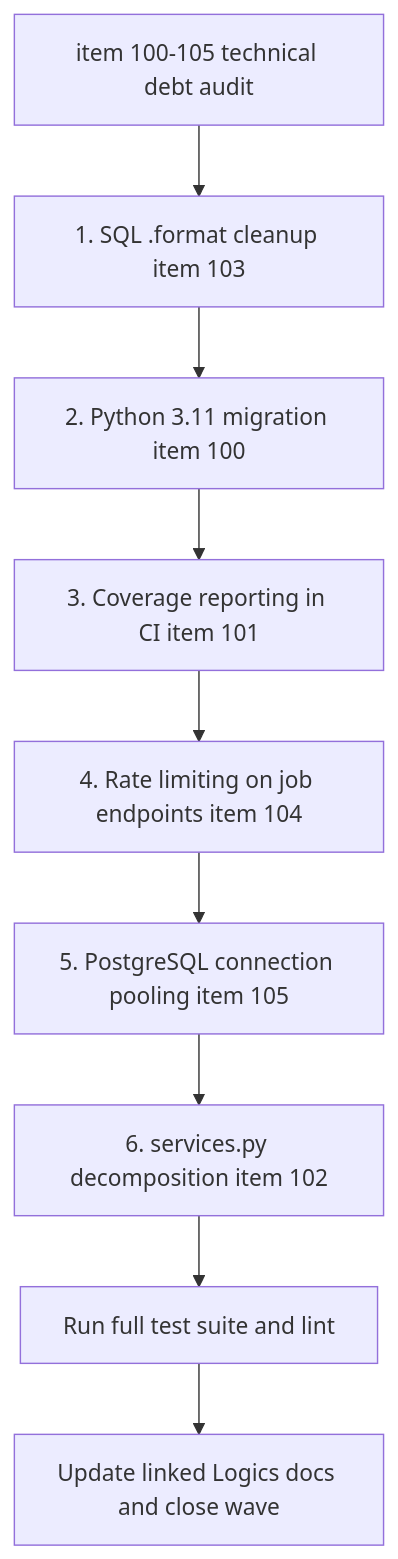
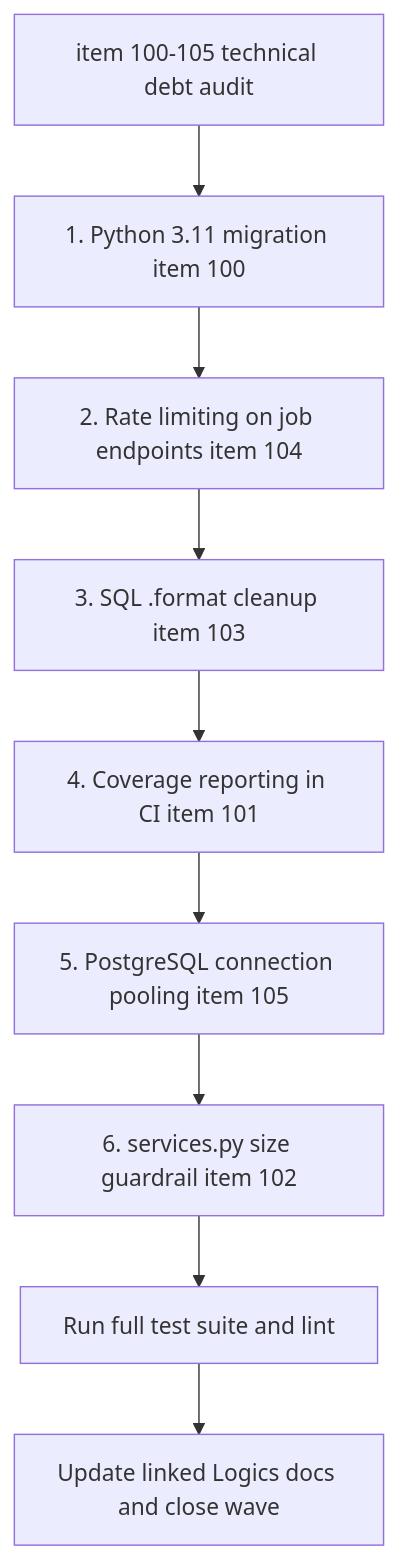
Before and after one commit to AlexAgo83/day-captain: the diagram in logics/tasks/task_048_day_captain_technical_debt_hardening_orchestration.md, drawn with Mermaid. The commit also changed other lines of this file and 22 other files, not shown here.

````diff
--- a/logics/tasks/task_048_day_captain_technical_debt_hardening_orchestration.md
+++ b/logics/tasks/task_048_day_captain_technical_debt_hardening_orchestration.md
@@ -23,13 +23,13 @@
 ```mermaid
 %% logics-kind: task
-%% logics-signature: task|day-captain-technical-debt-hardening-orc|item-100-day-captain-python-3-9-eol-migr|1-sql-format-cleanup-item-103|pythonpath-src-python3-m-unittest-discov
+%% logics-signature: task|day-captain-technical-debt-hardening-orc|item-100-day-captain-python-3-9-eol-migr|1-python-3-11-migration-item-100|pythonpath-src-python3-m-unittest-discov
 flowchart TD
-    Inputs[item 100-105 technical debt audit] --> Step1[1. SQL .format cleanup item 103]
-    Step1 --> Step2[2. Python 3.11 migration item 100]
-    Step2 --> Step3[3. Coverage reporting in CI item 101]
-    Step3 --> Step4[4. Rate limiting on job endpoints item 104]
+    Inputs[item 100-105 technical debt audit] --> Step1[1. Python 3.11 migration item 100]
+    Step1 --> Step2[2. Rate limiting on job endpoints item 104]
+    Step2 --> Step3[3. SQL .format cleanup item 103]
+    Step3 --> Step4[4. Coverage reporting in CI item 101]
     Step4 --> Step5[5. PostgreSQL connection pooling item 105]
-    Step5 --> Step6[6. services.py decomposition item 102]
+    Step5 --> Step6[6. services.py size guardrail item 102]
     Step6 --> Validation[Run full test suite and lint]
     Validation --> Close[Update linked Logics docs and close wave]
 ```
````
